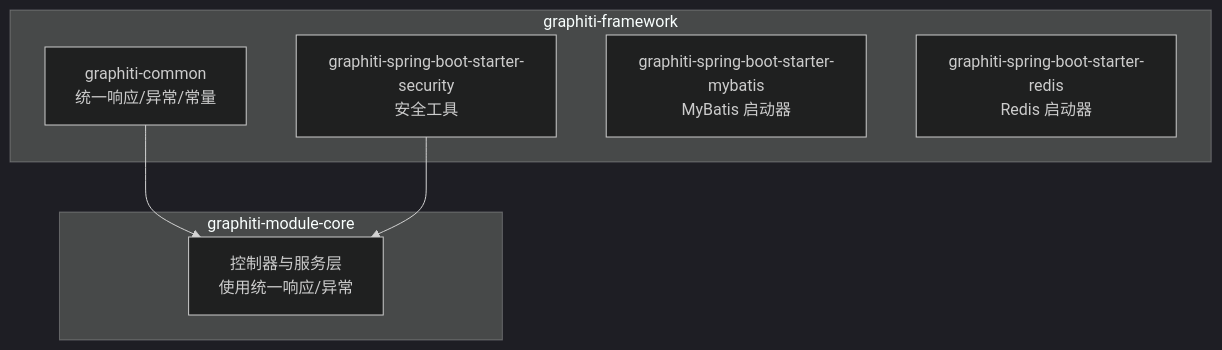
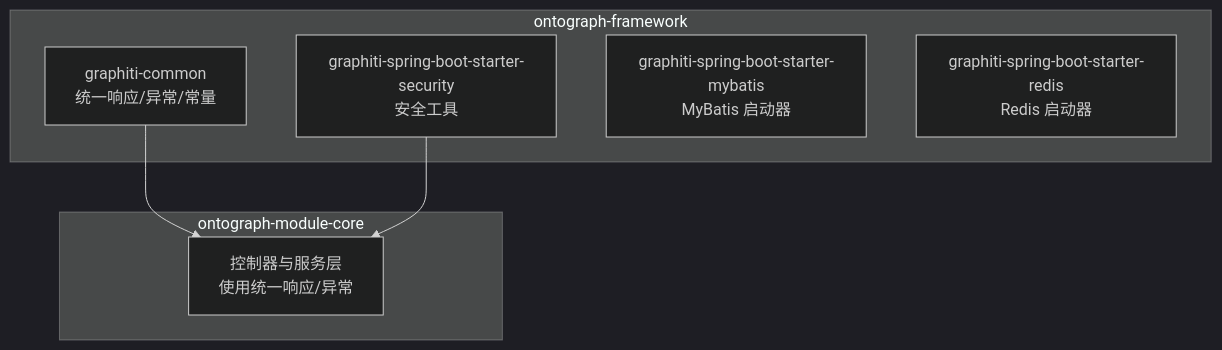
The first of 4 diagrams in docs/manual/架构设计/模块化设计/框架模块 (graphiti-framework)/通用组件 (graphiti-common).md (joezxh/graphiti-java), drawn with Mermaid (dark theme) before and after one commit. The commit also changed other lines of this file and 200 other files, not shown here.

````diff
--- a/docs/manual/架构设计/模块化设计/框架模块 (graphiti-framework)/通用组件 (graphiti-common).md
+++ b/docs/manual/架构设计/模块化设计/框架模块 (graphiti-framework)/通用组件 (graphiti-common).md
@@ -34,14 +34,14 @@
 ```mermaid
 graph TB
-subgraph "graphiti-framework"
+subgraph "ontograph-framework"
 A["graphiti-common<br/>统一响应/异常/常量"]
 B["graphiti-spring-boot-starter-security<br/>安全工具"]
 C["graphiti-spring-boot-starter-mybatis<br/>MyBatis 启动器"]
 D["graphiti-spring-boot-starter-redis<br/>Redis 启动器"]
 end
-subgraph "graphiti-module-core"
+subgraph "ontograph-module-core"
 E["控制器与服务层<br/>使用统一响应/异常"]
 end
 A --> E
 B --> E
 ```
````
